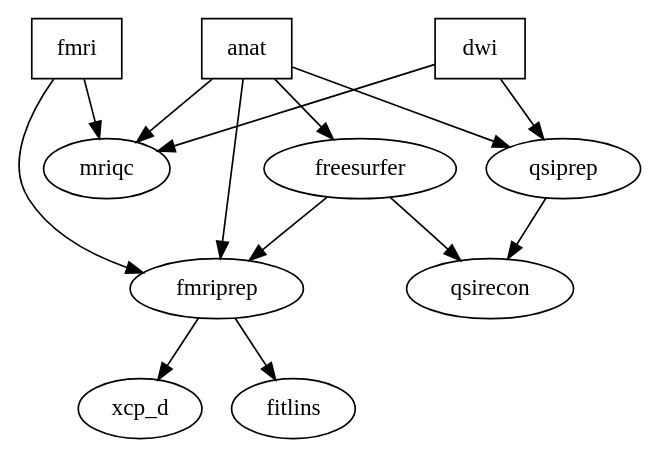
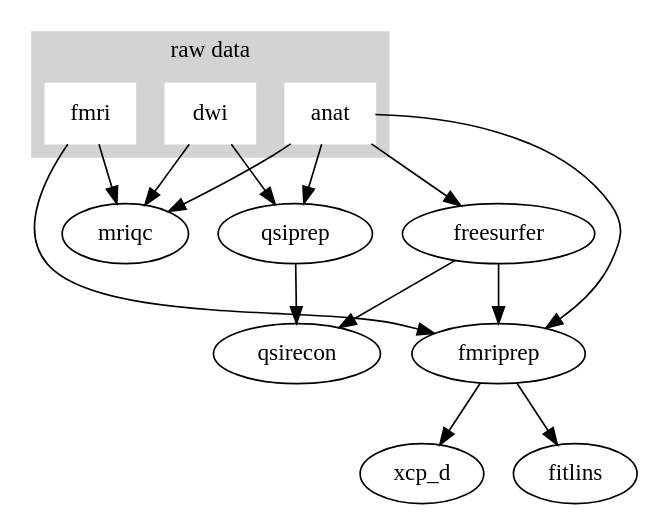
The diagram in docs/source/UPPMAX.rst (psychmedImaging/rtd-psykserver), drawn with Graphviz before and after one commit.

```diff
--- a/docs/source/UPPMAX.rst
+++ b/docs/source/UPPMAX.rst
@@ -12,20 +12,26 @@
 .. graphviz::
 
    digraph {
-      "anat" [shape=box];
-      "dwi" [shape=box];
-      "fmri" [shape=box];
+      subgraph cluster0 {
+         node [style=filled,color=white];
+         style=filled;
+         color=lightgrey;
+         "anat" [shape=box];
+         "dwi" [shape=box];
+         "fmri" [shape=box];
+         label = "raw data";
+      }
       "anat" -> "mriqc";
       "dwi" -> "mriqc";
       "fmri" -> "mriqc";
       "fmri" -> "fmriprep";
       "anat" -> "fmriprep";
       "anat" -> "qsiprep";
       "anat" -> "freesurfer";
       "dwi" -> "qsiprep";
       "qsiprep" -> "qsirecon";
       "fmriprep" -> "xcp_d";
       "freesurfer" -> "fmriprep";
       "freesurfer" -> "qsirecon";
       "fmriprep" -> "fitlins";
    }
```
